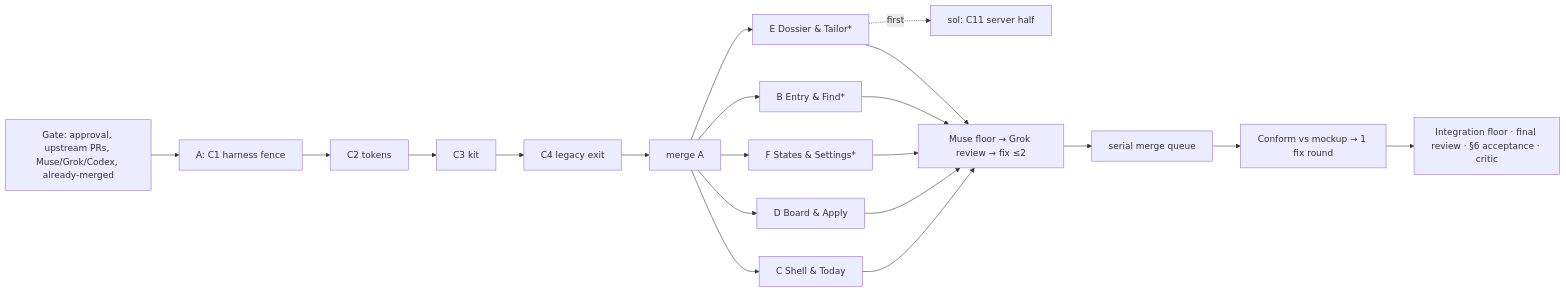
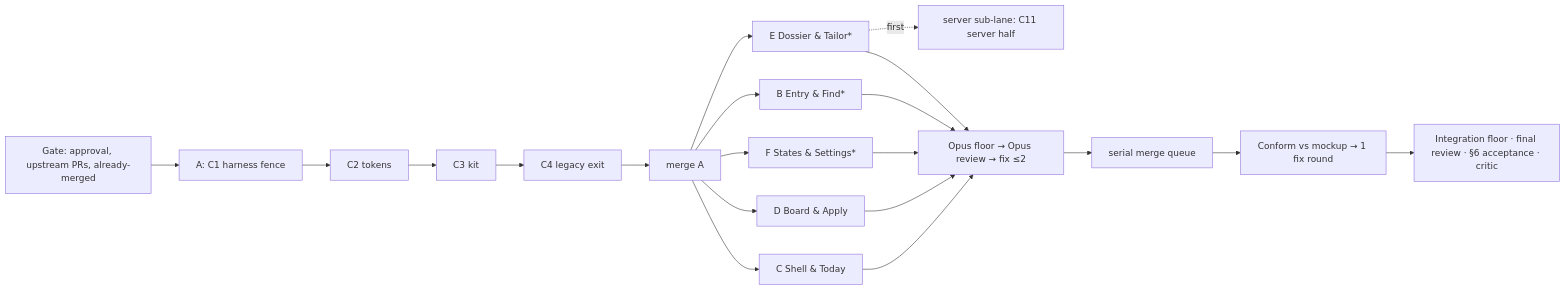
Before and after one commit to emilio3435/Job-Bored: the diagram in docs/programs/ux01-20260925/BUILD-PLAN.md, drawn with Mermaid. The commit also changed other lines of this file and 2 other files, not shown here.

First line of the commit message:
chore(ux01): run phase 3 on an all-Opus 5.5 swarm with a CI-parity floor

````diff
--- a/docs/programs/ux01-20260925/BUILD-PLAN.md
+++ b/docs/programs/ux01-20260925/BUILD-PLAN.md
@@ -37,8 +37,8 @@
 ```mermaid
 flowchart LR
-  G[Gate: approval, upstream PRs, Muse/Grok/Codex, already-merged] --> A1[A: C1 harness fence] --> A2[C2 tokens] --> A3[C3 kit] --> A4[C4 legacy exit] --> MA[merge A]
+  G[Gate: approval, upstream PRs, already-merged] --> A1[A: C1 harness fence] --> A2[C2 tokens] --> A3[C3 kit] --> A4[C4 legacy exit] --> MA[merge A]
   MA --> C[C Shell & Today] & D[D Board & Apply] & F[F States & Settings*] & B[B Entry & Find*] & E[E Dossier & Tailor*]
-  E -.first.-> S[sol: C11 server half]
-  C & D & F & B & E --> V[Muse floor → Grok review → fix ≤2] --> Q[serial merge queue]
+  E -.first.-> S[server sub-lane: C11 server half]
+  C & D & F & B & E --> V[Opus floor → Opus review → fix ≤2] --> Q[serial merge queue]
   Q --> K[Conform vs mockup → 1 fix round] --> Z[Integration floor · final review · §6 acceptance · critic]
 ```
````
